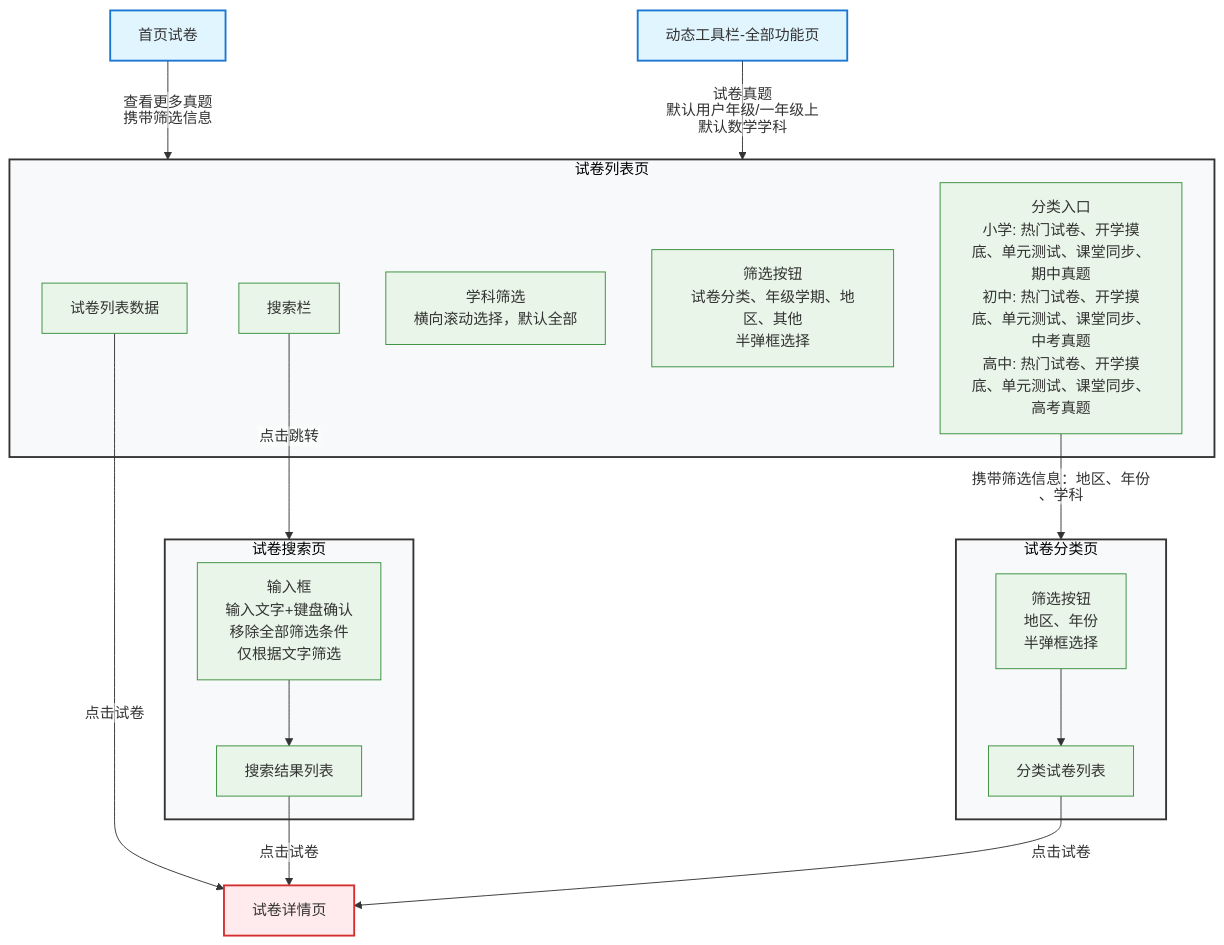
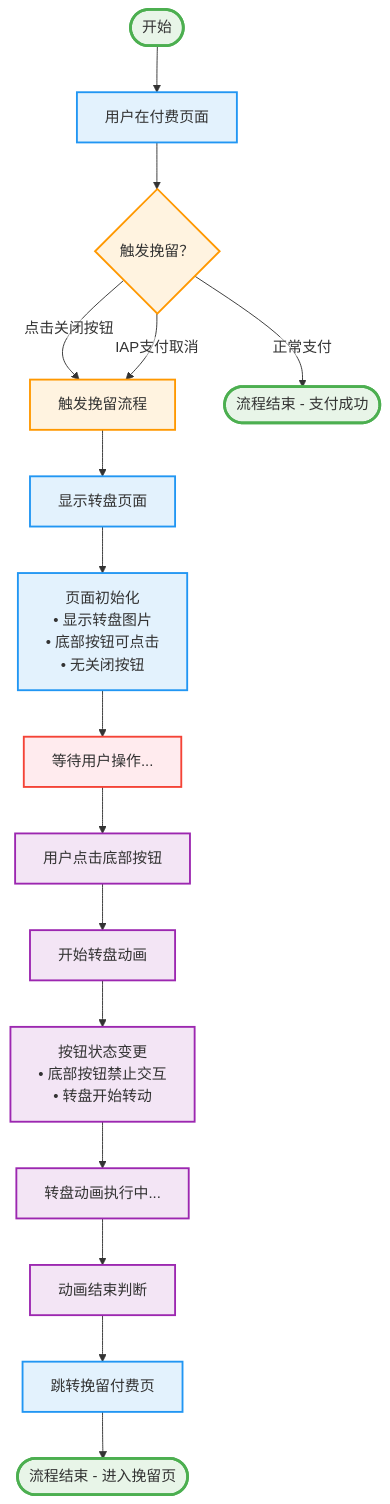
Before and after one commit to Magic-YY/SwiftDemoTest: the diagram in Cursor 简单文件 test/mermaid.mmd, drawn with Mermaid. The commit also changed 3 other files, not shown here.

```diff
--- a/Cursor 简单文件 test/mermaid.mmd
+++ b/Cursor 简单文件 test/mermaid.mmd
@@ -1,49 +1,37 @@
 %%{init: {"flowchart": {"htmlLabels": false, "curve": "basis"}, "theme": "base", "themeVariables": {"primaryColor": "#ffffff", "primaryTextColor": "#333333", "primaryBorderColor": "#333333", "lineColor": "#333333"}}}%%
 flowchart TD
-    %% 入口页面
-    A[首页试卷] -->|查看更多真题<br/>携带筛选信息| ListPage
-    C[动态工具栏-全部功能页] -->|试卷真题<br/>默认用户年级/一年级上<br/>默认数学学科| ListPage
+    %% 用户挽留流程 - 流式步骤
+    Start([开始]) --> Step1[用户在付费页面]
     
-    %% 试卷列表页
-    subgraph ListPage[试卷列表页]
-        D[搜索栏]
-        F[分类入口<br/>小学: 热门试卷、开学摸底、单元测试、课堂同步、期中真题<br/>初中: 热门试卷、开学摸底、单元测试、课堂同步、中考真题<br/>高中: 热门试卷、开学摸底、单元测试、课堂同步、高考真题]
-        H[学科筛选<br/>横向滚动选择，默认全部]
-        I[筛选按钮<br/>试卷分类、年级学期、地区、其他<br/>半弹框选择]
-        J[试卷列表数据]
-    end
+    Step1 --> Trigger{触发挽留？}
+    Trigger -->|点击关闭按钮| Step2[触发挽留流程]
+    Trigger -->|IAP支付取消| Step2
+    Trigger -->|正常支付| End1([流程结束 - 支付成功])
     
-    %% 试卷搜索页
-    subgraph SearchPage[试卷搜索页]
-        L[输入框<br/>输入文字+键盘确认<br/>移除全部筛选条件<br/>仅根据文字筛选]
-        M[搜索结果列表]
-        L --> M
-    end
+    Step2 --> Step3[显示转盘页面]
+    Step3 --> Step4[页面初始化<br/>• 显示转盘图片<br/>• 底部按钮可点击<br/>• 无关闭按钮]
     
-    %% 试卷分类页
-    subgraph CategoryPage[试卷分类页]
-        N[筛选按钮<br/>地区、年份<br/>半弹框选择]
-        P[分类试卷列表]
-        N --> P
-    end
+    Step4 --> Wait[等待用户操作...]
+    Wait --> Step5[用户点击底部按钮]
     
-    %% 试卷详情页
-    K[试卷详情页]
+    Step5 --> Step6[开始转盘动画]
+    Step6 --> Step7[按钮状态变更<br/>• 底部按钮禁止交互<br/>• 转盘开始转动]
     
-    %% 页面间跳转
-    D -->|点击跳转| SearchPage
-    F -->|携带筛选信息：地区、年份、学科| CategoryPage
-    J -->|点击试卷| K
-    M -->|点击试卷| K
-    P -->|点击试卷| K
+    Step7 --> Step8[转盘动画执行中...]
+    Step8 --> Step9[动画结束判断]
+    
+    Step9 --> Step10[跳转挽留付费页]
+    Step10 --> End2([流程结束 - 进入挽留页])
     
     %% 样式定义
-    classDef entryPage fill:#e1f5fe,stroke:#1976d2,stroke-width:2px,text-align:center
-    classDef pageBox fill:#f8f9fa,stroke:#333,stroke-width:2px,text-align:center
-    classDef detailPage fill:#ffebee,stroke:#d32f2f,stroke-width:2px,text-align:center
-    classDef funcBox fill:#e8f5e8,stroke:#388e3c,stroke-width:1px,text-align:center
+    classDef startEnd fill:#e8f5e8,stroke:#4caf50,stroke-width:3px,text-align:center
+    classDef normalStep fill:#e3f2fd,stroke:#2196f3,stroke-width:2px,text-align:center
+    classDef triggerStep fill:#fff3e0,stroke:#ff9800,stroke-width:2px,text-align:center
+    classDef actionStep fill:#f3e5f5,stroke:#9c27b0,stroke-width:2px,text-align:center
+    classDef waitStep fill:#ffebee,stroke:#f44336,stroke-width:2px,text-align:center
     
-    class A,C entryPage
-    class ListPage,SearchPage,CategoryPage pageBox
-    class K detailPage
-    class D,F,H,I,J,L,M,N,P funcBox
+    class Start,End1,End2 startEnd
+    class Step1,Step3,Step4,Step10 normalStep
+    class Trigger,Step2 triggerStep
+    class Step5,Step6,Step7,Step8,Step9 actionStep
+    class Wait waitStep
```
